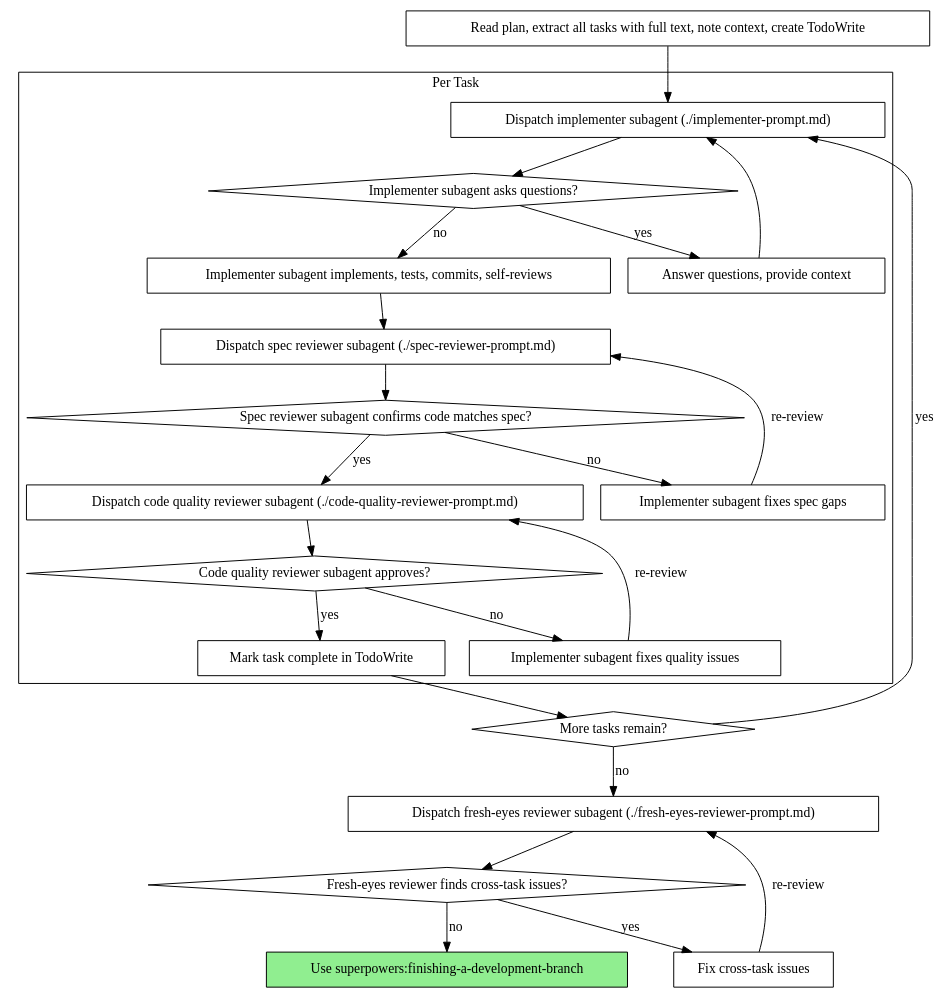
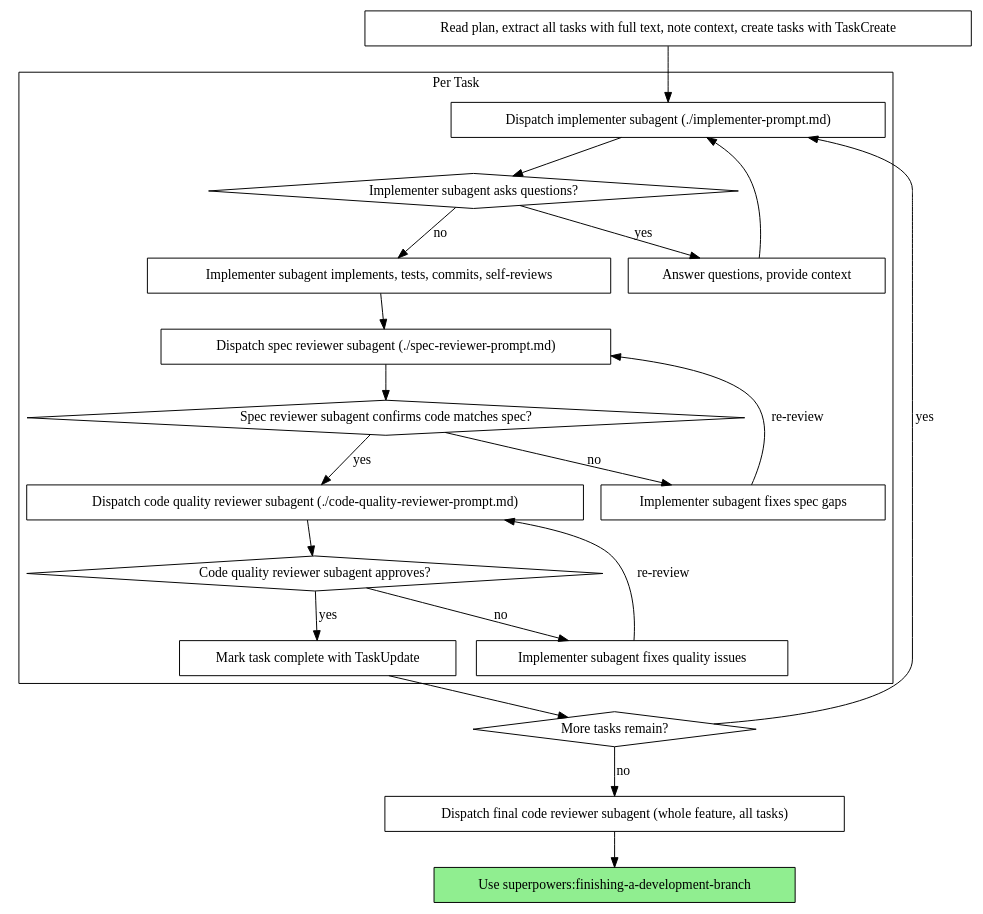
The second of 2 diagrams in skills/subagent-driven-development/SKILL.md (obra/superpowers), drawn with Graphviz before and after one commit. The commit also changed other lines of this file, not shown here.

Commit message:
fix(subagent-driven): clarify lifecycle, add announce and finishing callout (CX-13, CX-15, W3-1)

````diff
--- a/skills/subagent-driven-development/SKILL.md
+++ b/skills/subagent-driven-development/SKILL.md
@@ -44,49 +46,44 @@
 ```dot
 digraph process {
     rankdir=TB;
 
     subgraph cluster_per_task {
         label="Per Task";
         "Dispatch implementer subagent (./implementer-prompt.md)" [shape=box];
         "Implementer subagent asks questions?" [shape=diamond];
         "Answer questions, provide context" [shape=box];
         "Implementer subagent implements, tests, commits, self-reviews" [shape=box];
         "Dispatch spec reviewer subagent (./spec-reviewer-prompt.md)" [shape=box];
         "Spec reviewer subagent confirms code matches spec?" [shape=diamond];
         "Implementer subagent fixes spec gaps" [shape=box];
         "Dispatch code quality reviewer subagent (./code-quality-reviewer-prompt.md)" [shape=box];
         "Code quality reviewer subagent approves?" [shape=diamond];
         "Implementer subagent fixes quality issues" [shape=box];
-        "Mark task complete in TodoWrite" [shape=box];
+        "Mark task complete with TaskUpdate" [shape=box];
     }
 
-    "Read plan, extract all tasks with full text, note context, create TodoWrite" [shape=box];
+    "Read plan, extract all tasks with full text, note context, create tasks with TaskCreate" [shape=box];
     "More tasks remain?" [shape=diamond];
-    "Dispatch fresh-eyes reviewer subagent (./fresh-eyes-reviewer-prompt.md)" [shape=box];
-    "Fresh-eyes reviewer finds cross-task issues?" [shape=diamond];
-    "Fix cross-task issues" [shape=box];
+    "Dispatch final code reviewer subagent (whole feature, all tasks)" [shape=box];
     "Use superpowers:finishing-a-development-branch" [shape=box style=filled fillcolor=lightgreen];
 
-    "Read plan, extract all tasks with full text, note context, create TodoWrite" -> "Dispatch implementer subagent (./implementer-prompt.md)";
+    "Read plan, extract all tasks with full text, note context, create tasks with TaskCreate" -> "Dispatch implementer subagent (./implementer-prompt.md)";
     "Dispatch implementer subagent (./implementer-prompt.md)" -> "Implementer subagent asks questions?";
     "Implementer subagent asks questions?" -> "Answer questions, provide context" [label="yes"];
     "Answer questions, provide context" -> "Dispatch implementer subagent (./implementer-prompt.md)";
     "Implementer subagent asks questions?" -> "Implementer subagent implements, tests, commits, self-reviews" [label="no"];
     "Implementer subagent implements, tests, commits, self-reviews" -> "Dispatch spec reviewer subagent (./spec-reviewer-prompt.md)";
     "Dispatch spec reviewer subagent (./spec-reviewer-prompt.md)" -> "Spec reviewer subagent confirms code matches spec?";
     "Spec reviewer subagent confirms code matches spec?" -> "Implementer subagent fixes spec gaps" [label="no"];
     "Implementer subagent fixes spec gaps" -> "Dispatch spec reviewer subagent (./spec-reviewer-prompt.md)" [label="re-review"];
     "Spec reviewer subagent confirms code matches spec?" -> "Dispatch code quality reviewer subagent (./code-quality-reviewer-prompt.md)" [label="yes"];
     "Dispatch code quality reviewer subagent (./code-quality-reviewer-prompt.md)" -> "Code quality reviewer subagent approves?";
     "Code quality reviewer subagent approves?" -> "Implementer subagent fixes quality issues" [label="no"];
     "Implementer subagent fixes quality issues" -> "Dispatch code quality reviewer subagent (./code-quality-reviewer-prompt.md)" [label="re-review"];
-    "Code quality reviewer subagent approves?" -> "Mark task complete in TodoWrite" [label="yes"];
-    "Mark task complete in TodoWrite" -> "More tasks remain?";
+    "Code quality reviewer subagent approves?" -> "Mark task complete with TaskUpdate" [label="yes"];
+    "Mark task complete with TaskUpdate" -> "More tasks remain?";
     "More tasks remain?" -> "Dispatch implementer subagent (./implementer-prompt.md)" [label="yes"];
-    "More tasks remain?" -> "Dispatch fresh-eyes reviewer subagent (./fresh-eyes-reviewer-prompt.md)" [label="no"];
-    "Dispatch fresh-eyes reviewer subagent (./fresh-eyes-reviewer-prompt.md)" -> "Fresh-eyes reviewer finds cross-task issues?";
-    "Fresh-eyes reviewer finds cross-task issues?" -> "Fix cross-task issues" [label="yes"];
-    "Fix cross-task issues" -> "Dispatch fresh-eyes reviewer subagent (./fresh-eyes-reviewer-prompt.md)" [label="re-review"];
-    "Fresh-eyes reviewer finds cross-task issues?" -> "Use superpowers:finishing-a-development-branch" [label="no"];
+    "More tasks remain?" -> "Dispatch final code reviewer subagent (whole feature, all tasks)" [label="no"];
+    "Dispatch final code reviewer subagent (whole feature, all tasks)" -> "Use superpowers:finishing-a-development-branch";
 }
 ```
````
